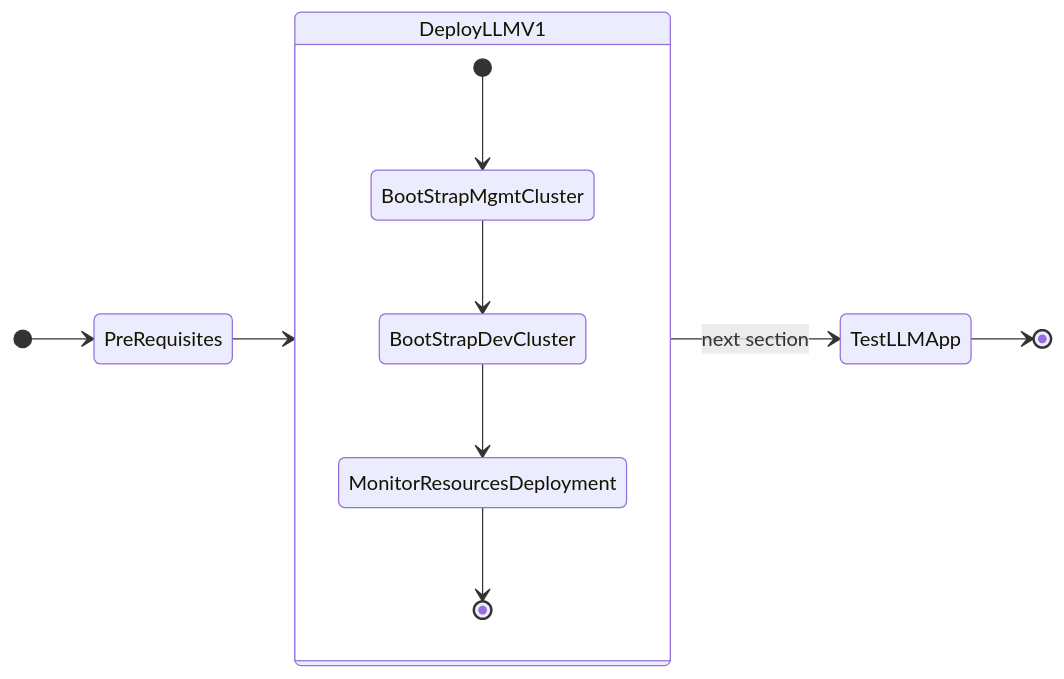
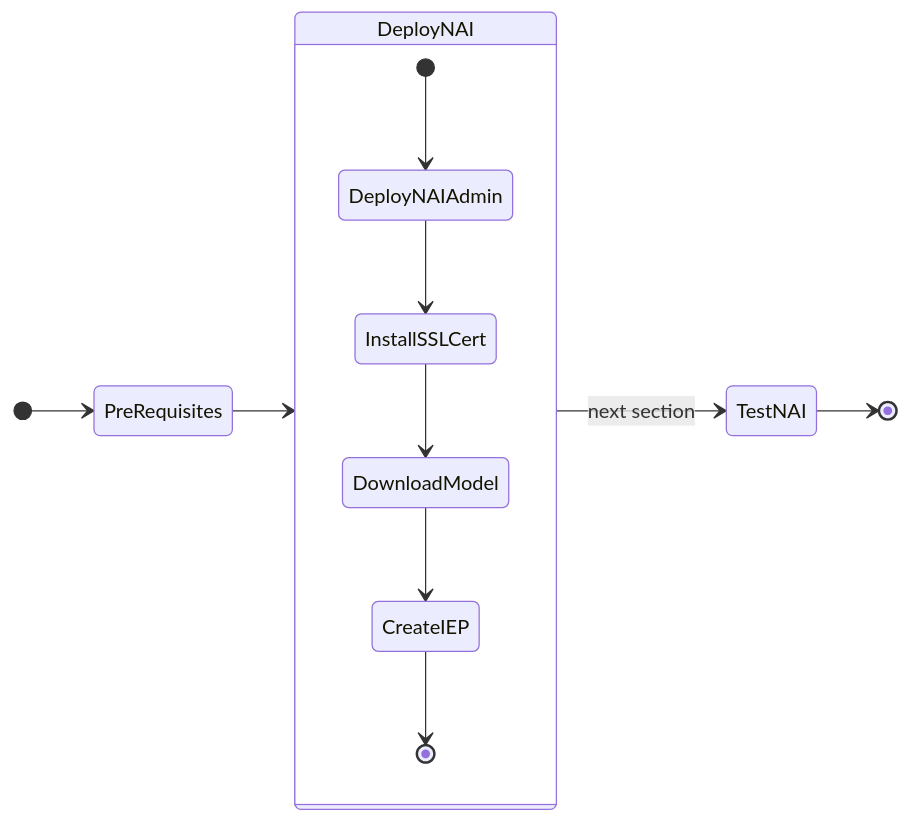
Before and after one commit to nutanix-japan/nai-llm: the diagram in docs/iep/iep_deploy.md, drawn with Mermaid. The commit also changed 4 other files, not shown here.

Commit message:
update: fixing mermaid charts for NAI

````diff
--- a/docs/iep/iep_deploy.md
+++ b/docs/iep/iep_deploy.md
@@ -3,16 +3,17 @@
 ```mermaid
 stateDiagram-v2
     direction LR
     
-    state DeployLLMV1 {
-        [*] --> BootStrapMgmtCluster
-        BootStrapMgmtCluster -->  BootStrapDevCluster
-        BootStrapDevCluster --> MonitorResourcesDeployment
-        MonitorResourcesDeployment --> [*]
+    state DeployNAI {
+        [*] --> DeployNAIAdmin
+        DeployNAIAdmin -->  InstallSSLCert
+        InstallSSLCert --> DownloadModel
+        DownloadModel --> CreateIEP
+        CreateIEP --> [*]
     }
 
     [*] --> PreRequisites
-    PreRequisites --> DeployLLMV1 
-    DeployLLMV1 --> TestLLMApp : next section
-    TestLLMApp --> [*]
+    PreRequisites --> DeployNAI 
+    DeployNAI --> TestNAI : next section
+    TestNAI --> [*]
 ```
````
